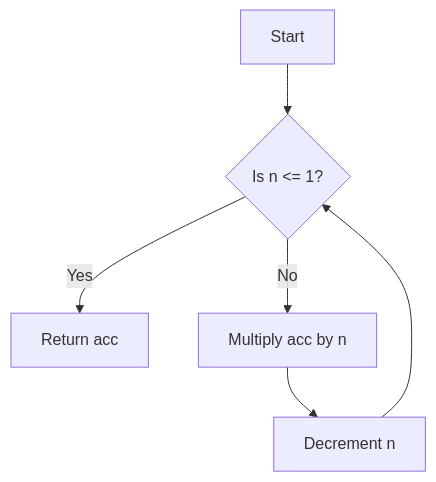
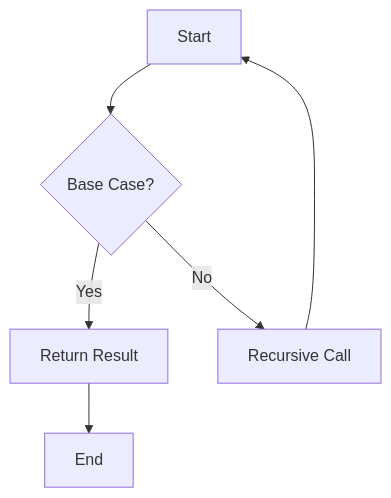
One commit to MasteryEducation/ClojureForJava.com changed the diagram in content/3/4/3/index.md. Above: the diagram before and after it, drawn with Mermaid. The commit also changed other lines of this file and 74 other files, not shown here.

````diff
--- a/content/3/4/3/index.md
+++ b/content/3/4/3/index.md
@@ -194,8 +145,8 @@
 ```mermaid
 graph TD;
-    A[Start] --> B{Is n <= 1?};
-    B -- Yes --> C[Return acc];
-    B -- No --> D[Multiply acc by n];
-    D --> E[Decrement n];
-    E --> B;
+    A[Start] --> B{Base Case?};
+    B -->|Yes| C[Return Result];
+    B -->|No| D[Recursive Call];
+    D --> A;
+    C --> E[End];
 ```
````
